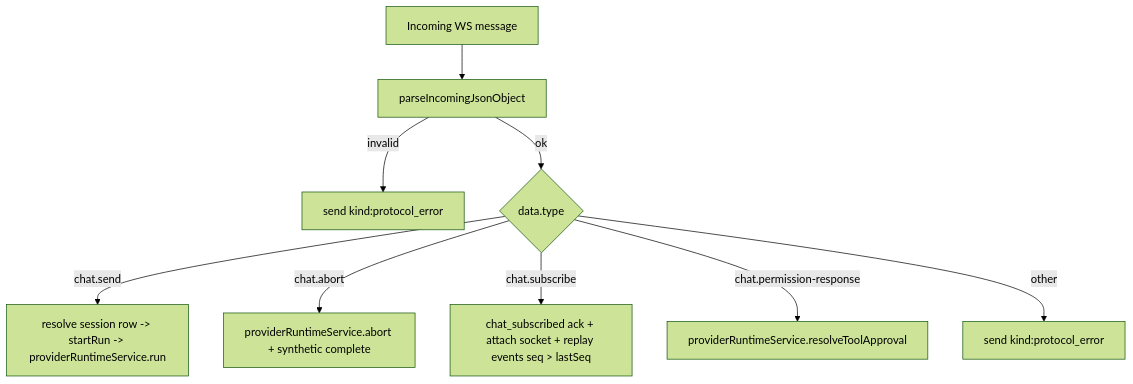
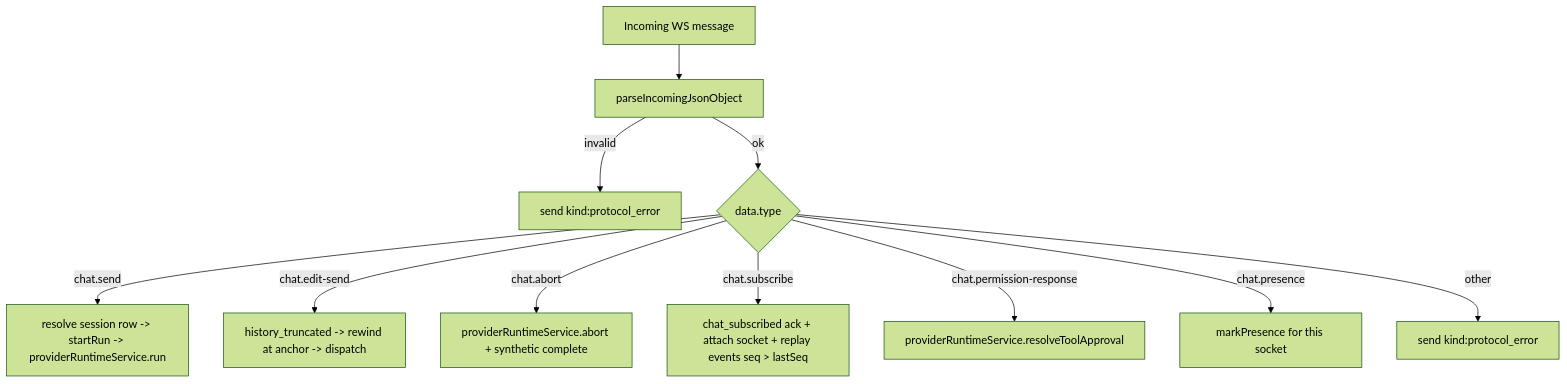
The third of 5 diagrams in server/modules/websocket/README.md (ScottDeJesus/claudecodeui_lyphe), drawn with Mermaid (forest theme) before and after one commit. The commit also changed other lines of this file and 116 other files, not shown here.

````diff
--- a/server/modules/websocket/README.md
+++ b/server/modules/websocket/README.md
@@ -132,12 +135,14 @@
 ```mermaid
 flowchart TD
   A[Incoming WS message] --> B[parseIncomingJsonObject]
   B -->|invalid| C[send kind:protocol_error]
   B -->|ok| D{data.type}
 
   D -->|chat.send| E[resolve session row -> startRun -> providerRuntimeService.run]
+  D -->|chat.edit-send| J[history_truncated -> rewind at anchor -> dispatch]
   D -->|chat.abort| F[providerRuntimeService.abort + synthetic complete]
   D -->|chat.subscribe| G[chat_subscribed ack + attach socket + replay events seq > lastSeq]
   D -->|chat.permission-response| H[providerRuntimeService.resolveToolApproval]
+  D -->|chat.presence| K[markPresence for this socket]
   D -->|other| I[send kind:protocol_error]
 ```
````
